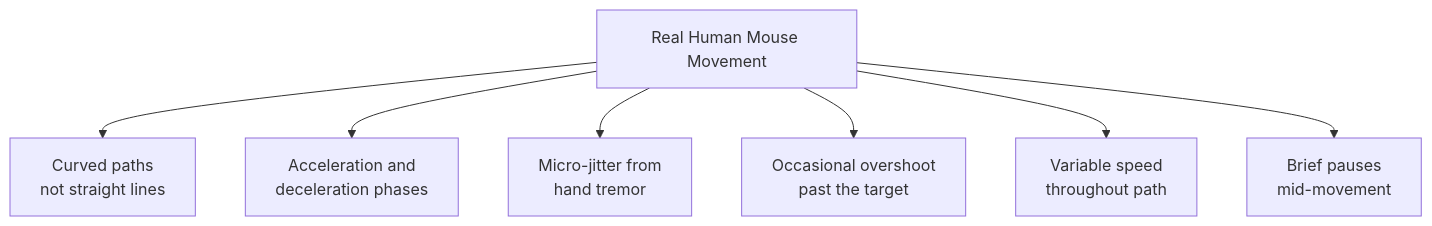
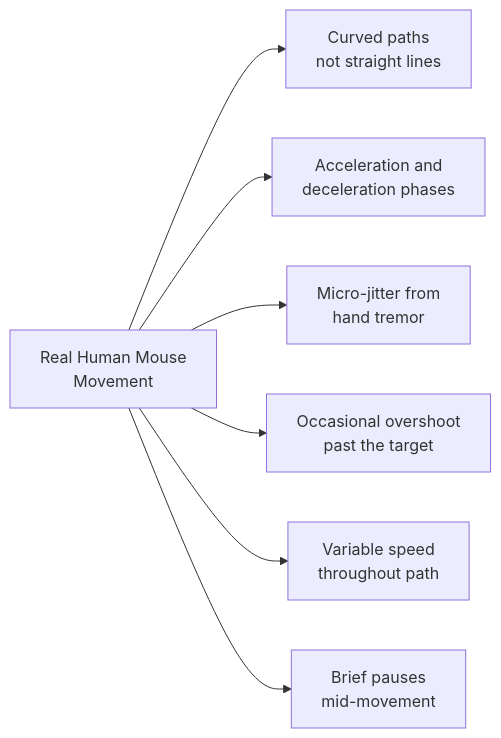
The second of 5 diagrams in _posts/2026-02-26-browser-automation-human-like-mouse-movement.md (bytetunnels/bytetunnels.github.com), drawn with Mermaid before and after one commit. The commit also changed other lines of this file and 118 other files, not shown here.

Commit message:
feat: improve diagram styling and compact wide flowcharts

````diff
--- a/_posts/2026-02-26-browser-automation-human-like-mouse-movement.md
+++ b/_posts/2026-02-26-browser-automation-human-like-mouse-movement.md
@@ -53,9 +53,9 @@
 ```mermaid
-graph TD
-    A["Real Human Mouse Movement"] --> B["Curved paths<br>not straight lines"]
-    A --> C["Acceleration and<br>deceleration phases"]
-    A --> D["Micro-jitter from<br>hand tremor"]
-    A --> E["Occasional overshoot<br>past the target"]
-    A --> F["Variable speed<br>throughout path"]
-    A --> G["Brief pauses<br>mid-movement"]
+graph LR
+    A["Real Human Mouse<br/>Movement"] --> B["Curved paths<br/>not straight lines"]
+    A --> C["Acceleration and<br/>deceleration phases"]
+    A --> D["Micro-jitter from<br/>hand tremor"]
+    A --> E["Occasional overshoot<br/>past the target"]
+    A --> F["Variable speed<br/>throughout path"]
+    A --> G["Brief pauses<br/>mid-movement"]
 ```
````
